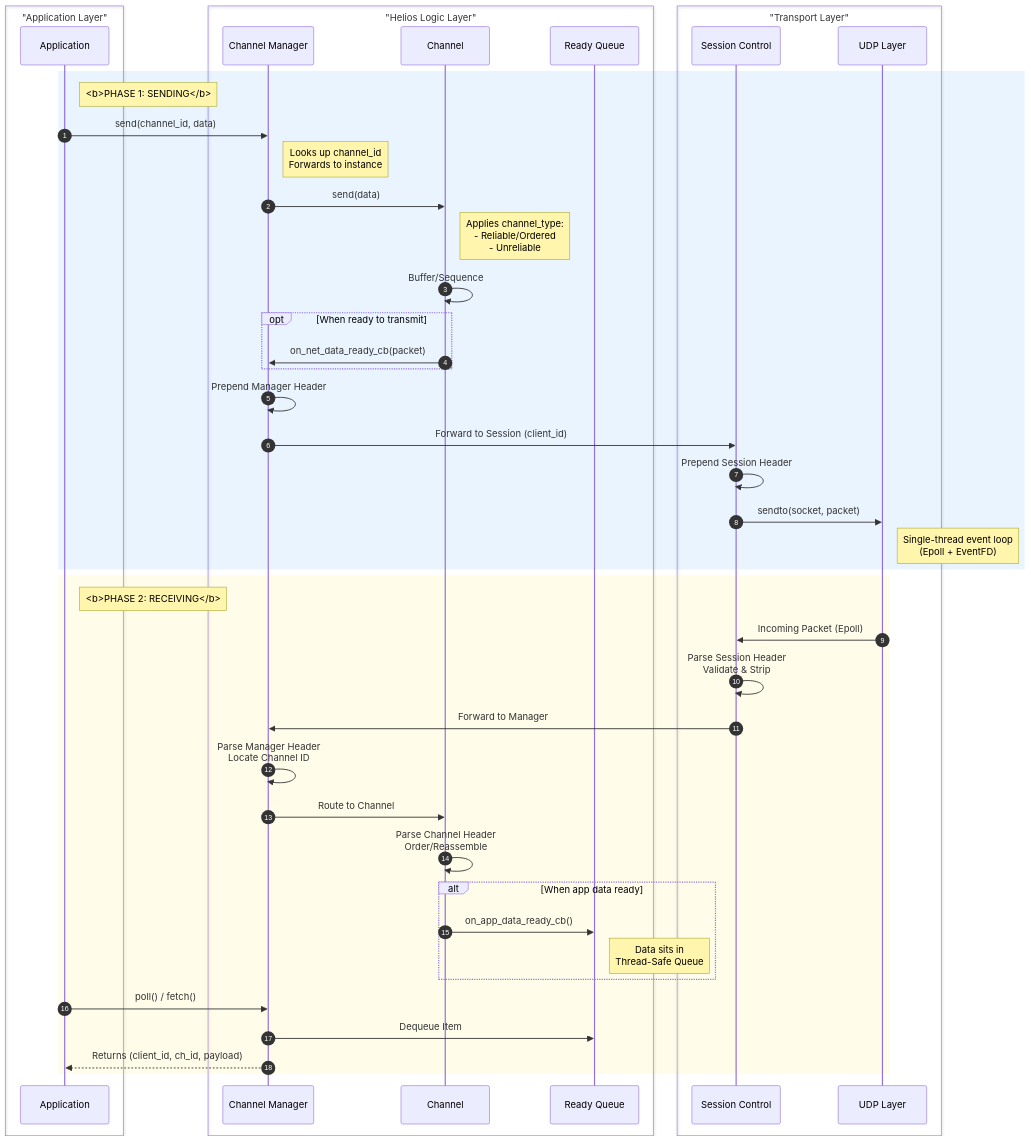
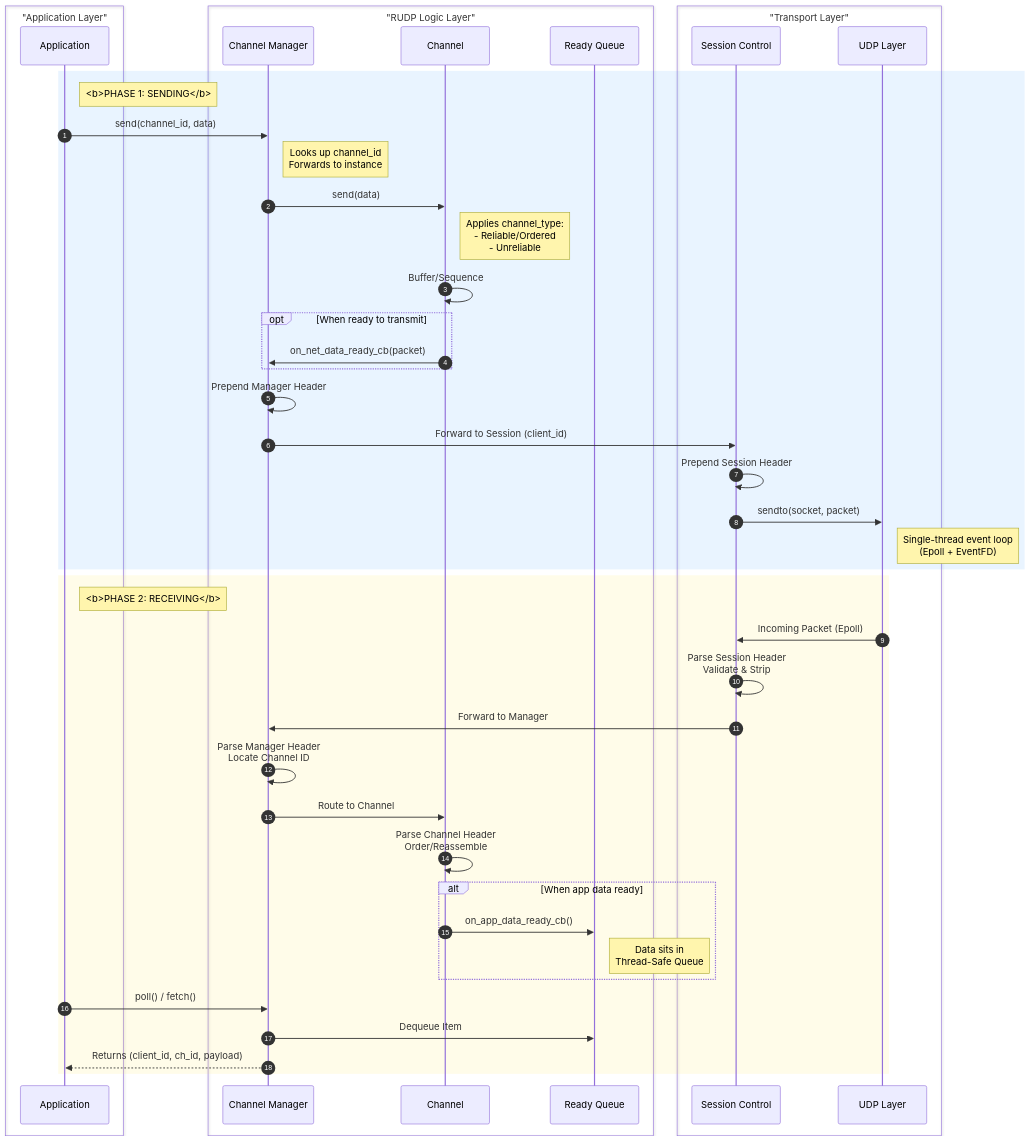
One commit to VishwajeetSinghParihar750/rudp changed the diagram in README.md. Above: the diagram before and after it, drawn with Mermaid. The commit also changed other lines of this file, not shown here.

````diff
--- a/README.md
+++ b/README.md
@@ -78,67 +78,67 @@
 ```mermaid
 sequenceDiagram
     autonumber
     
     %% -- PARTICIPANT DEFINITION (Must happen once) --
     box "Application Layer" #f9f9f9
         participant App as Application
     end
 
-    box "Helios Logic Layer" #e1f5fe
+    box "RUDP Logic Layer" #e1f5fe
         participant ChanMgr as Channel Manager
         participant Chan as Channel
         participant Q as Ready Queue
     end
 
     box "Transport Layer" #fff3e0
         participant Sess as Session Control
         participant UDP as UDP Layer
     end
 
     %% ============ SEND PATH ============
     %% distinct color for the Send Phase
     rect rgba(40, 150, 255, 0.1)
         note right of App: <b>PHASE 1: SENDING</b>
         App->>ChanMgr: send(channel_id, data)
         Note right of ChanMgr: Looks up channel_id<br/>Forwards to instance
 
         ChanMgr->>Chan: send(data)
         Note right of Chan: Applies channel_type:<br/>- Reliable/Ordered<br/>- Unreliable
 
         Chan->>Chan: Buffer/Sequence
         
         opt When ready to transmit
             Chan->>ChanMgr: on_net_data_ready_cb(packet)
         end
 
         ChanMgr->>ChanMgr: Prepend Manager Header
         ChanMgr->>Sess: Forward to Session (client_id)
 
         Sess->>Sess: Prepend Session Header
         Sess->>UDP: sendto(socket, packet)
         Note right of UDP: Single-thread event loop<br/>(Epoll + EventFD)
     end
 
     %% ============ RECEIVE PATH ============
     %% distinct color for the Receive Phase
     rect rgba(255, 220, 40, 0.1)
         note right of App: <b>PHASE 2: RECEIVING</b>
         UDP->>Sess: Incoming Packet (Epoll)
         Sess->>Sess: Parse Session Header<br/>Validate & Strip
         Sess->>ChanMgr: Forward to Manager
 
         ChanMgr->>ChanMgr: Parse Manager Header<br/>Locate Channel ID
         ChanMgr->>Chan: Route to Channel
 
         Chan->>Chan: Parse Channel Header<br/>Order/Reassemble
 
         alt When app data ready
             Chan->>Q: on_app_data_ready_cb()
             Note right of Q: Data sits in<br/>Thread-Safe Queue
         end
 
         App->>ChanMgr: poll() / fetch()
         ChanMgr->>Q: Dequeue Item
         ChanMgr-->>App: Returns (client_id, ch_id, payload)
     end
 ```
````
